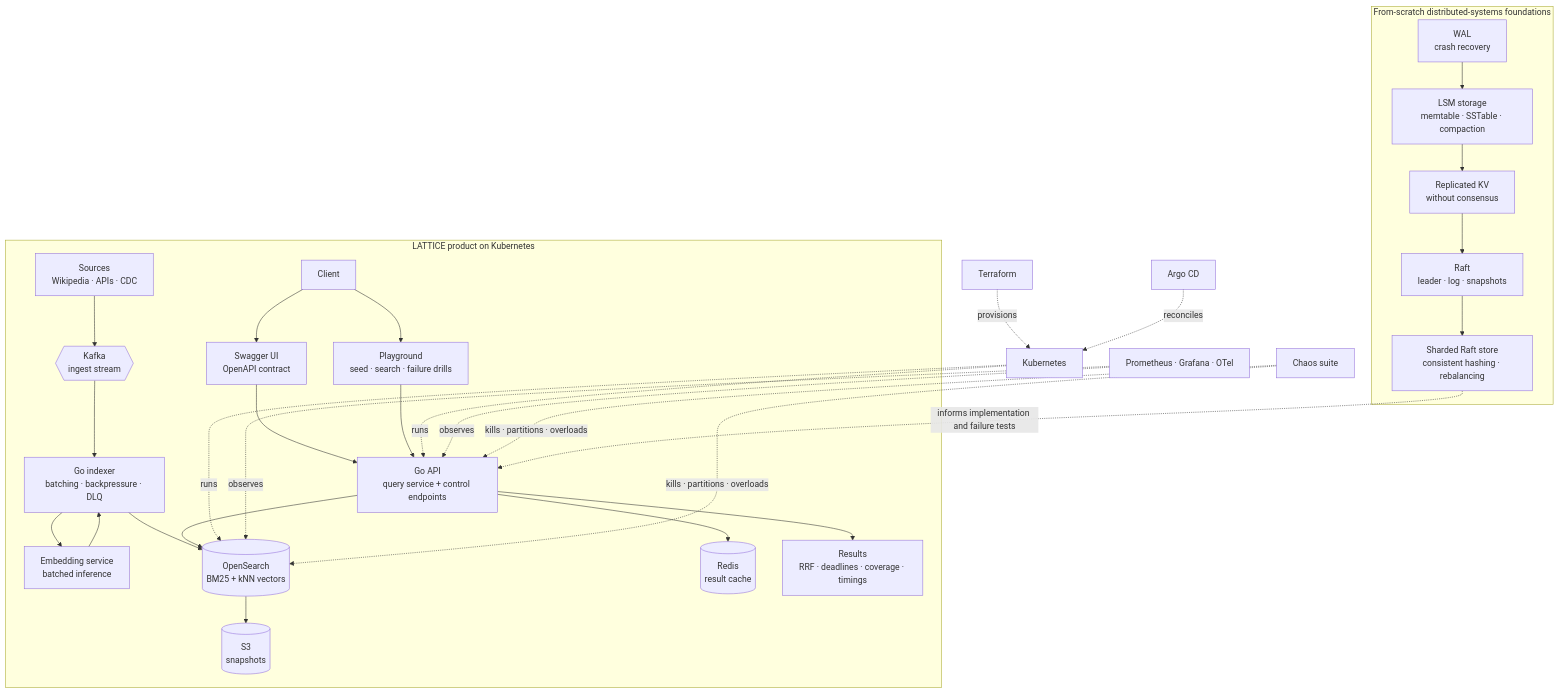
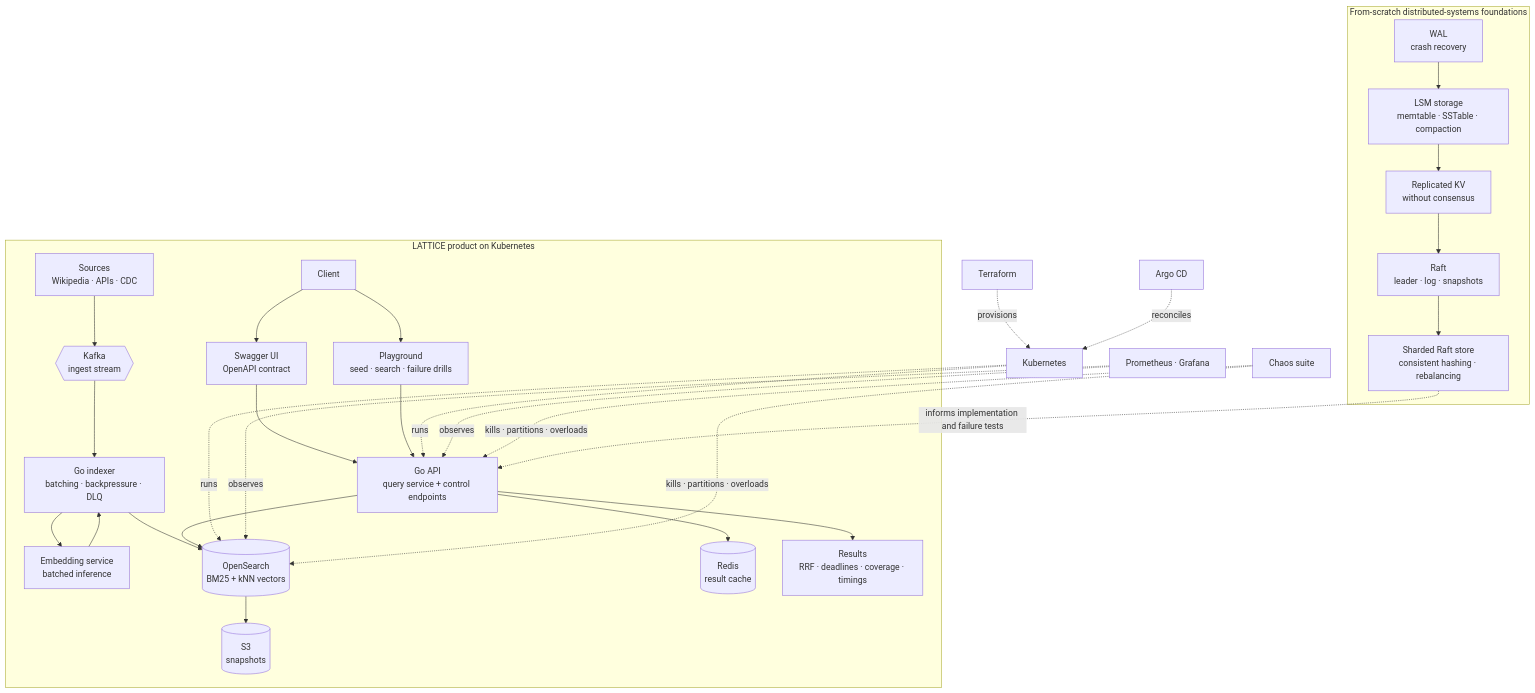
The diagram in README.md (nickemma/lattice), drawn with Mermaid before and after one commit. The commit also changed other lines of this file and 70 other files, not shown here.

````diff
--- a/README.md
+++ b/README.md
@@ -36,37 +36,37 @@
 ```mermaid
 flowchart TB
     subgraph FOUNDATIONS["From-scratch distributed-systems foundations"]
         WAL["WAL<br/>crash recovery"] --> LSM["LSM storage<br/>memtable · SSTable · compaction"]
         LSM --> KV["Replicated KV<br/>without consensus"]
         KV --> RAFT["Raft<br/>leader · log · snapshots"]
         RAFT --> SHARD["Sharded Raft store<br/>consistent hashing · rebalancing"]
     end
 
     subgraph PRODUCT["LATTICE product on Kubernetes"]
         SRC["Sources<br/>Wikipedia · APIs · CDC"] --> KAFKA{{"Kafka<br/>ingest stream"}}
         KAFKA --> IDX["Go indexer<br/>batching · backpressure · DLQ"]
         IDX --> EMB["Embedding service<br/>batched inference"]
         EMB --> IDX
         IDX --> OS[("OpenSearch<br/>BM25 + kNN vectors")]
 
         CLIENT["Client"] --> SWAGGER["Swagger UI<br/>OpenAPI contract"]
         CLIENT --> PLAY["Playground<br/>seed · search · failure drills"]
         SWAGGER --> API["Go API<br/>query service + control endpoints"]
         PLAY --> API
         API --> OS
         API --> CACHE[("Redis<br/>result cache")]
         API --> RESP["Results<br/>RRF · deadlines · coverage · timings"]
 
         OS --> SNAP[("S3\nsnapshots")]
     end
 
     TF["Terraform"] -. provisions .-> K8S["Kubernetes"]
     K8S -. runs .-> OS
     K8S -. runs .-> API
     ARGO["Argo CD"] -. reconciles .-> K8S
-    OBS["Prometheus · Grafana · OTel"] -. observes .-> OS
+    OBS["Prometheus · Grafana"] -. observes .-> OS
     OBS -. observes .-> API
     CHAOS["Chaos suite"] -. kills · partitions · overloads .-> OS
     CHAOS -. kills · partitions · overloads .-> API
     SHARD -. informs implementation and failure tests .-> API
 ```
````
